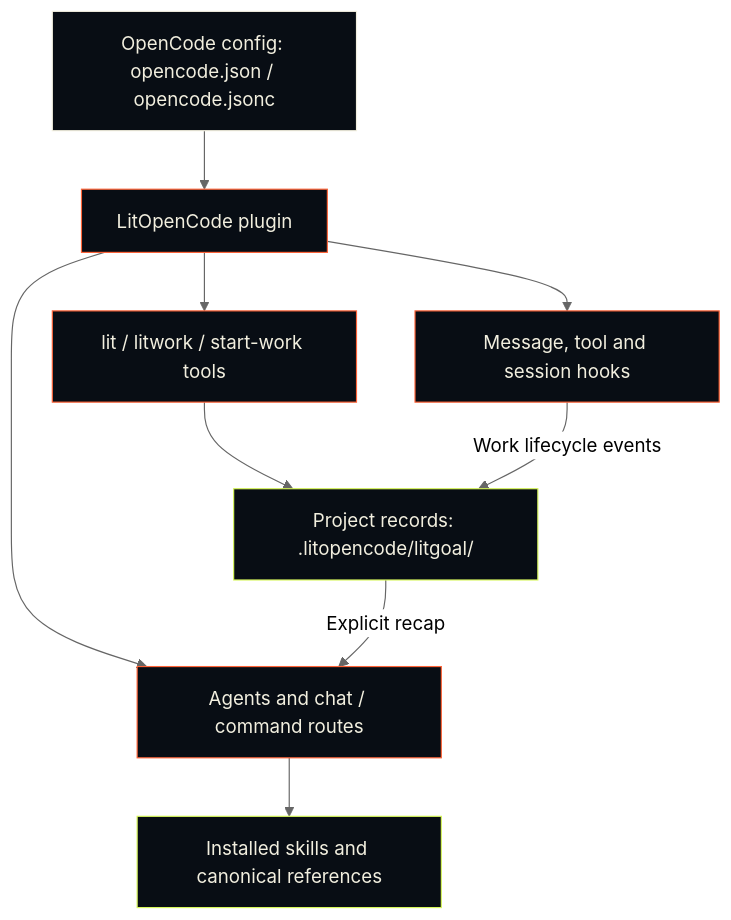
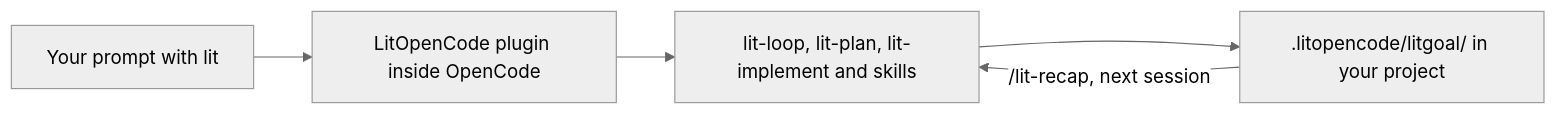
Before and after one commit to wjgoarxiv/litopencode: the diagram in README.md, drawn with Mermaid (neutral theme). The commit also changed other lines of this file and 74 other files, not shown here.

First line of the commit message:
feat(tui): show the lit mission in OpenCode's terminal UI

````diff
--- a/README.md
+++ b/README.md
@@ -377,17 +82,7 @@
 ```mermaid
-flowchart TD
-    Config["OpenCode config: opencode.json / opencode.jsonc"] --> Plugin["LitOpenCode plugin"]
-    Plugin --> Routes["Agents and chat / command routes"]
-    Plugin --> Tools["lit / litwork / start-work tools"]
-    Plugin --> Hooks["Message, tool and session hooks"]
-    Routes --> Skills["Installed skills and canonical references"]
-    Tools --> Records["Project records: .litopencode/litgoal/"]
-    Hooks -->|Work lifecycle events| Records
-    Records -->|Explicit recap| Routes
-    classDef host fill:#080D14,stroke:#F2EFDF,color:#F2EFDF
-    classDef lit fill:#080D14,stroke:#FF6337,color:#F2EFDF
-    classDef local fill:#080D14,stroke:#D7F75B,color:#F2EFDF
-    class Config host
-    class Plugin,Routes,Tools,Hooks lit
-    class Skills,Records local
+flowchart LR
+    Prompt["Your prompt with lit"] --> Plugin["LitOpenCode plugin inside OpenCode"]
+    Plugin --> Agents["lit-loop, lit-plan, lit-implement and skills"]
+    Agents --> Record[".litopencode/litgoal/ in your project"]
+    Record -->|"/lit-recap, next session"| Agents
 ```
````
